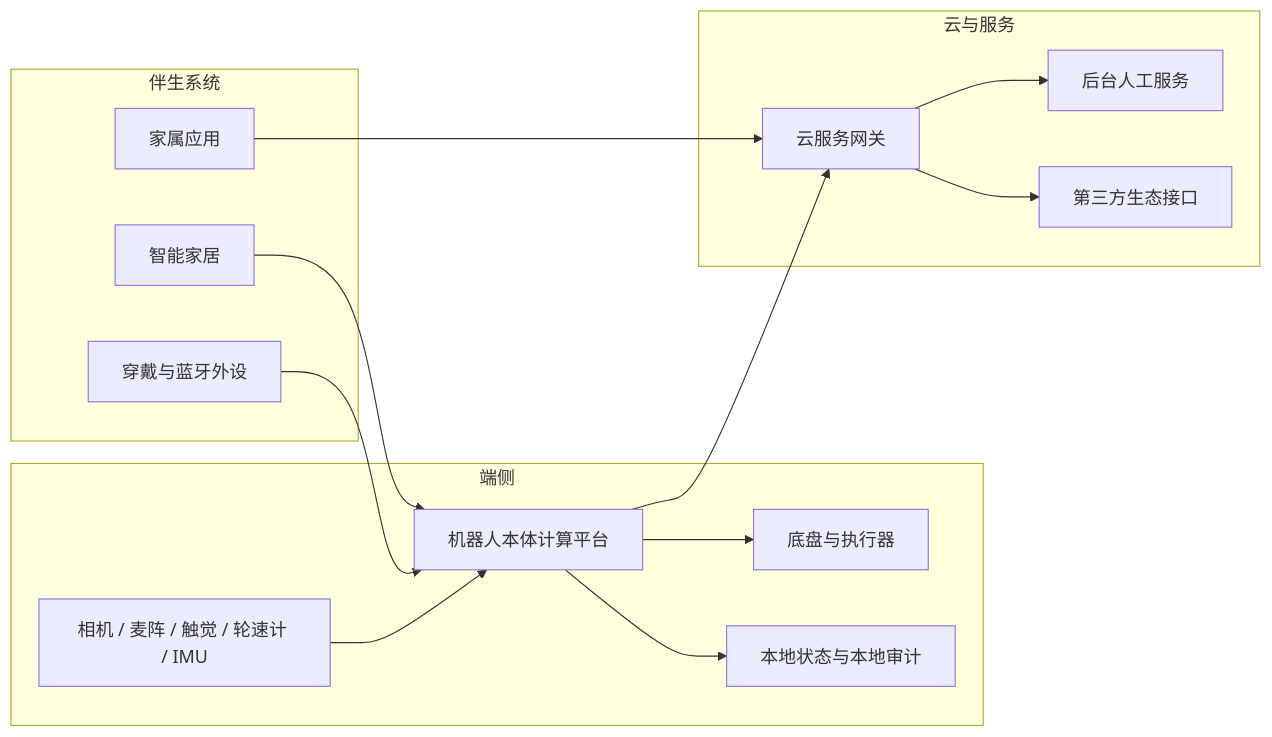
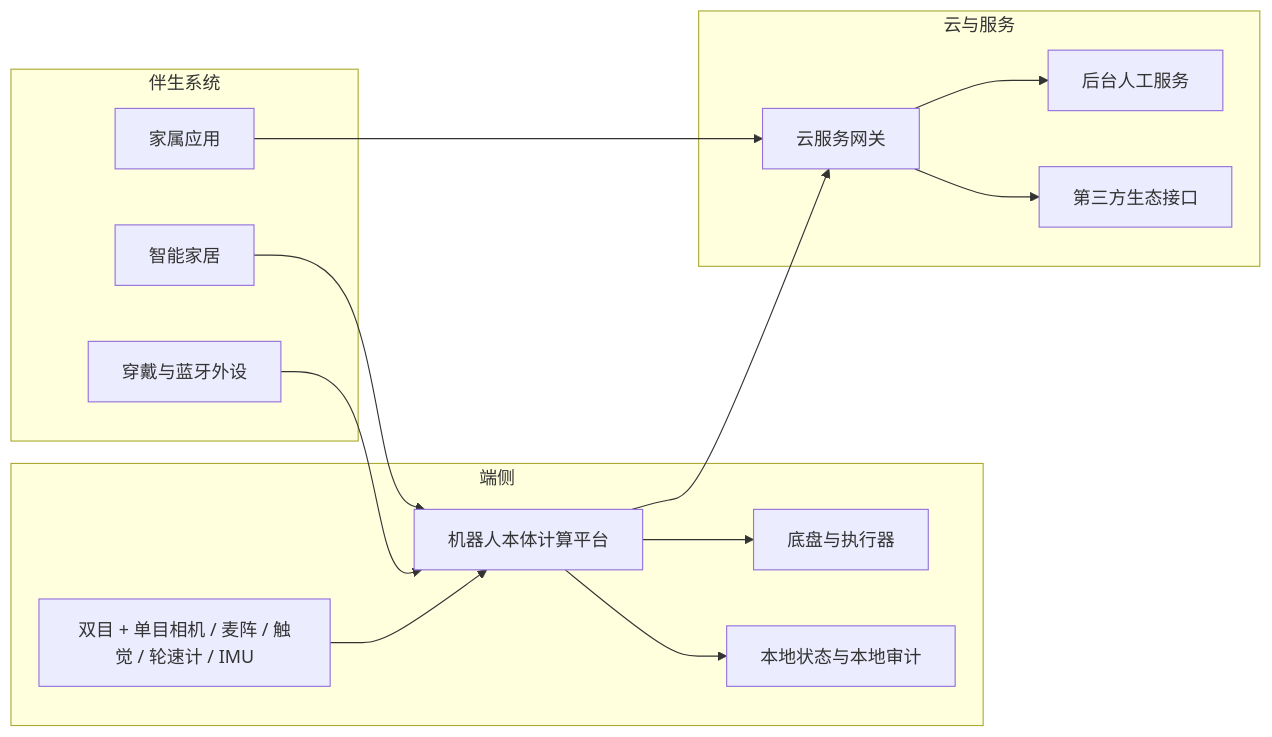
One commit to hlm12348765/Kinbot_OODA changed the fifth of 5 diagrams in docs/02_p1_architecture/01_overall_architecture.md. Above: the diagram before and after it, drawn with Mermaid. The commit also changed other lines of this file and 3 other files, not shown here.

Commit message:
docs: add pure-vision sensor proposal to architecture baseline

````diff
--- a/docs/02_p1_architecture/01_overall_architecture.md
+++ b/docs/02_p1_architecture/01_overall_architecture.md
@@ -242,30 +280,30 @@
 ```mermaid
 flowchart LR
     subgraph EDGE[端侧]
         E1[机器人本体计算平台]
         E2[底盘与执行器]
-        E3[相机 / 麦阵 / 触觉 / 轮速计 / IMU]
+        E3[双目 + 单目相机 / 麦阵 / 触觉 / 轮速计 / IMU]
         E4[本地状态与本地审计]
     end
 
     subgraph COMP[伴生系统]
         C1[穿戴与蓝牙外设]
         C2[智能家居]
         C3[家属应用]
     end
 
     subgraph CLOUD[云与服务]
         C4[云服务网关]
         C5[后台人工服务]
         C6[第三方生态接口]
     end
 
     E3 --> E1 --> E2
     E1 --> E4
     C1 --> E1
     C2 --> E1
     E1 --> C4
     C3 --> C4
     C4 --> C5
     C4 --> C6
 ```
````
